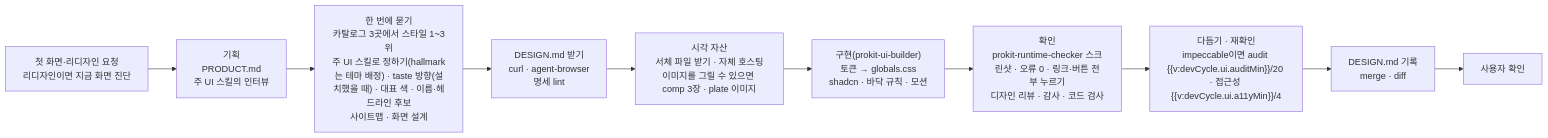
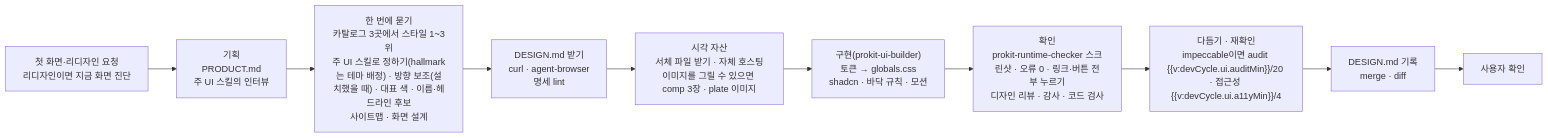
One commit to roadkwon-ai/pro-kit changed the diagram in docs/blocks/ui-flow-diagram.md. Above: the diagram before and after it, drawn with Mermaid. The commit also changed 65 other files, not shown here.

````diff
--- a/docs/blocks/ui-flow-diagram.md
+++ b/docs/blocks/ui-flow-diagram.md
@@ -2,12 +2,12 @@
 ```mermaid
 flowchart LR
   R["첫 화면·리디자인 요청<br/>리디자인이면 지금 화면 진단"] --> I["기획<br/>PRODUCT.md<br/>주 UI 스킬의 인터뷰"]
-  I --> Q["한 번에 묻기<br/>카탈로그 3곳에서 스타일 1~3위<br/>주 UI 스킬로 정하기(hallmark는 테마 배정) · taste 방향(설치했을 때) · 대표 색 · 이름·헤드라인 후보<br/>사이트맵 · 화면 설계"]
+  I --> Q["한 번에 묻기<br/>카탈로그 3곳에서 스타일 1~3위<br/>주 UI 스킬로 정하기(hallmark는 테마 배정) · 방향 보조(설치했을 때) · 대표 색 · 이름·헤드라인 후보<br/>사이트맵 · 화면 설계"]
   Q --> D["DESIGN.md 받기<br/>curl · agent-browser<br/>명세 lint"]
   D --> A["시각 자산<br/>서체 파일 받기 · 자체 호스팅<br/>이미지를 그릴 수 있으면 comp 3장 · plate 이미지"]
   A --> C["구현(prokit-ui-builder)<br/>토큰 → globals.css<br/>shadcn · 바닥 규칙 · 모션"]
   C --> V["확인<br/>prokit-runtime-checker 스크린샷 · 오류 0 · 링크·버튼 전부 누르기<br/>디자인 리뷰 · 감사 · 코드 검사"]
   V --> P["다듬기 · 재확인<br/>impeccable이면 audit {{v:devCycle.ui.auditMin}}/20 · 접근성 {{v:devCycle.ui.a11yMin}}/4"]
   P --> M["DESIGN.md 기록<br/>merge · diff"]
   M --> U["사용자 확인"]
 ```
````
